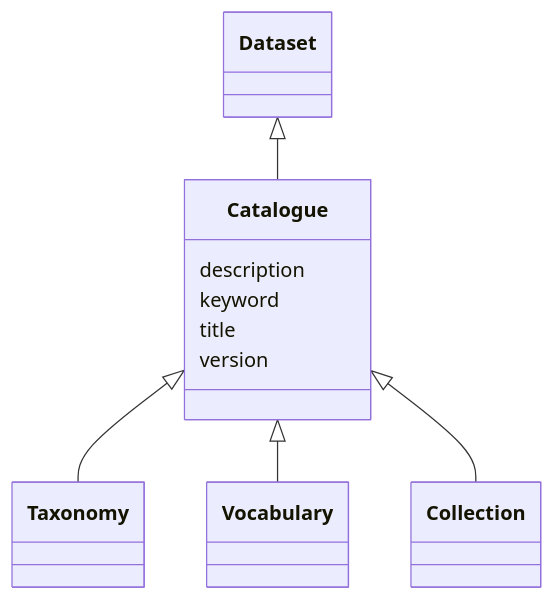
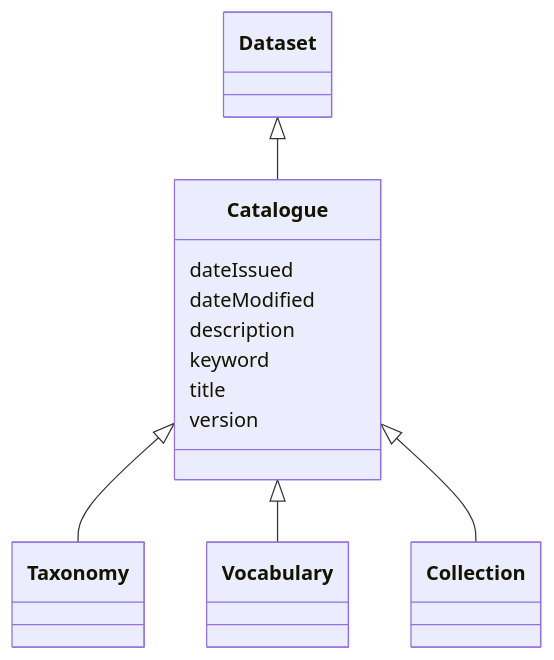
Before and after one commit to EVORA-project/evora-ontology: the diagram in models/docs/Catalogue.md, drawn with Mermaid. The commit also changed other lines of this file and 377 other files, not shown here.

````diff
--- a/models/docs/Catalogue.md
+++ b/models/docs/Catalogue.md
@@ -21,26 +21,30 @@
 ```mermaid
  classDiagram
     class Catalogue
     click Catalogue href "../Catalogue"
       Dataset <|-- Catalogue
         click Dataset href "../Dataset"
       
 
       Catalogue <|-- Taxonomy
         click Taxonomy href "../Taxonomy"
       Catalogue <|-- Vocabulary
         click Vocabulary href "../Vocabulary"
       Catalogue <|-- Collection
         click Collection href "../Collection"
       
       
+      Catalogue : dateIssued
+        
+      Catalogue : dateModified
+        
       Catalogue : description
         
       Catalogue : keyword
         
       Catalogue : title
         
       Catalogue : version
         
       
 ```
````
